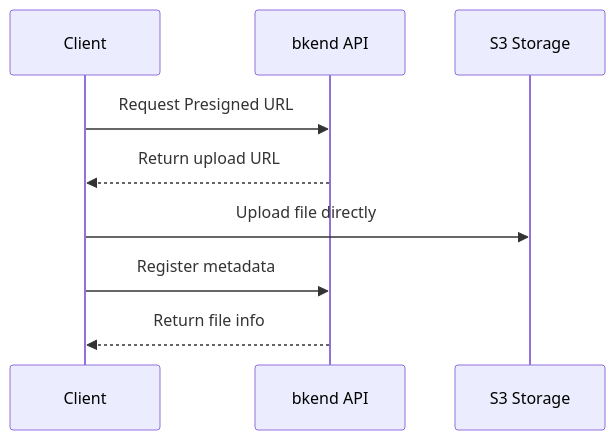
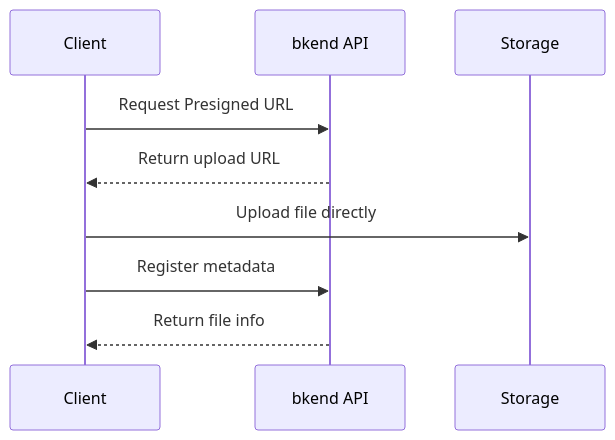
One commit to popup-studio-ai/bkend-docs changed the first of 4 diagrams in en/storage/01-overview.md. Above: the diagram before and after it, drawn with Mermaid. The commit also changed other lines of this file and 45 other files, not shown here.

````diff
--- a/en/storage/01-overview.md
+++ b/en/storage/01-overview.md
@@ -13,12 +13,12 @@
 ```mermaid
 sequenceDiagram
     participant C as Client
     participant B as bkend API
-    participant S as S3 Storage
+    participant S as Storage
 
     C->>B: Request Presigned URL
     B-->>C: Return upload URL
     C->>S: Upload file directly
     C->>B: Register metadata
     B-->>C: Return file info
 ```
````
